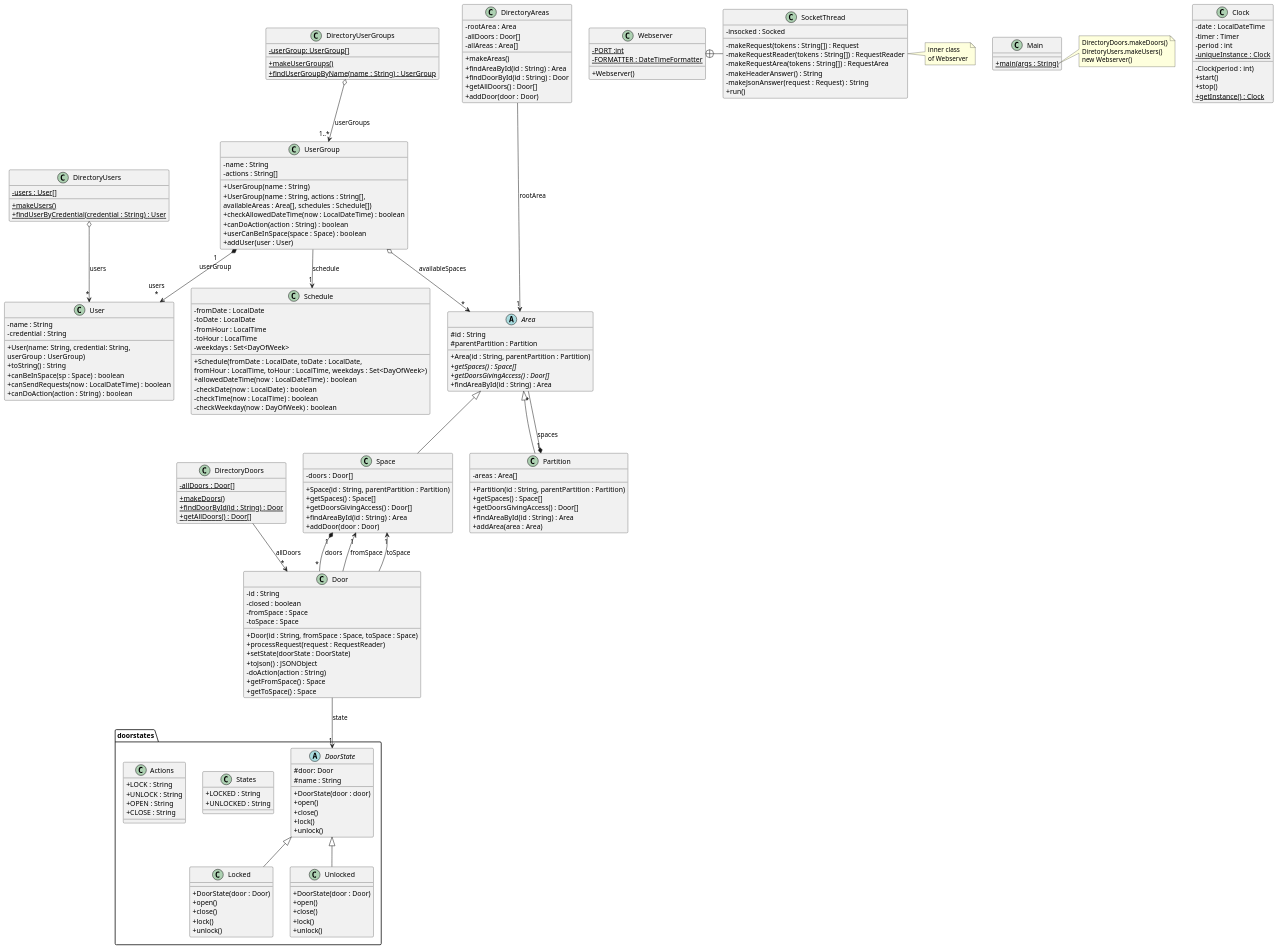
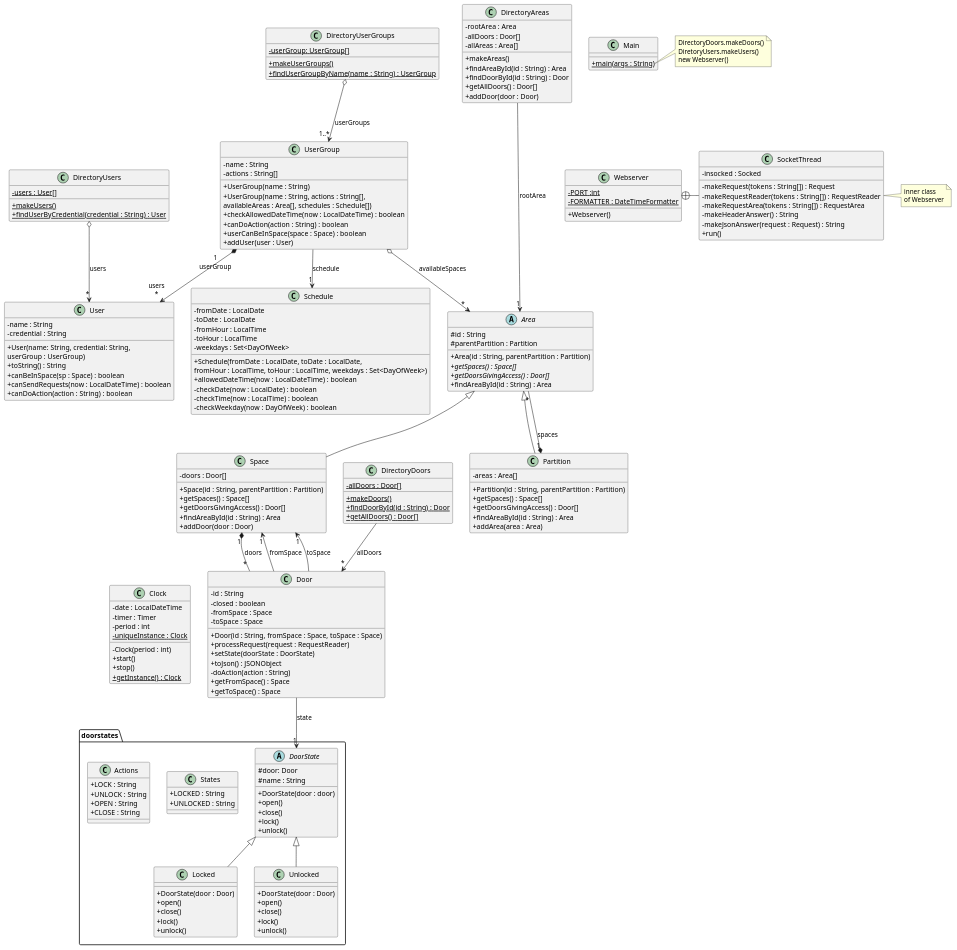
The diagram in src/baseNoStates/uml/base_no_states.puml (leonhrt/DSW-ACS), drawn with PlantUML before and after one commit. The commit also changed 1 other file, not shown here.

Commit message:
xd im stupid and added the class clock to the incorrect path

```diff
--- a/src/baseNoStates/uml/base_no_states.puml
+++ b/src/baseNoStates/uml/base_no_states.puml
@@ -199,10 +199,11 @@
 new Webserver()
 end note
 
-'Main -[hidden]down- Webserver
+Main -[hidden]down- Webserver
 'Webserver -[hidden]down- DirectoryDoors
 'DirectoryDoors -[hidden]right- DirectoryUsers
 DirectoryAreas -[hidden]left- DirectoryUserGroups
+Clock -[hidden]right- Door
 
 Door --> " 1" DoorState : state
 Door --> "1" Space : fromSpace
```
